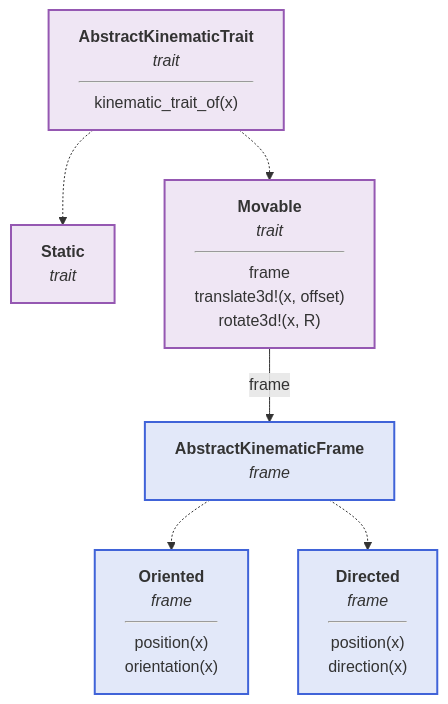
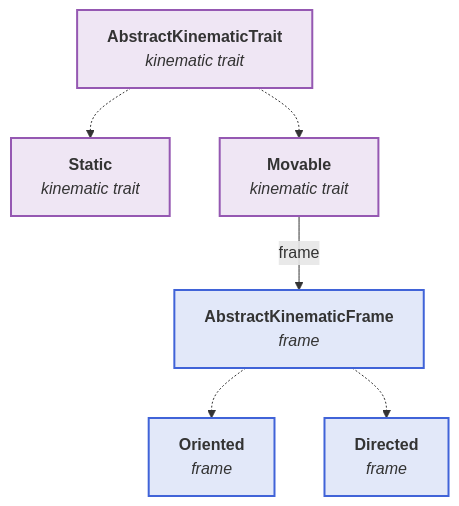
One commit to JuliaPhysics/BeamletOptics.jl changed the diagram in docs/src/api/kinematics_api.md. Above: the diagram before and after it, drawn with Mermaid. The commit also changed other lines of this file and 3 other files, not shown here.

Commit message:
update mermaid diagrams

````diff
--- a/docs/src/api/kinematics_api.md
+++ b/docs/src/api/kinematics_api.md
@@ -9,20 +9,20 @@
 ```mermaid
 flowchart TB
-    TR["<b>AbstractKinematicTrait</b><br/><i>trait</i><hr/>kinematic_trait_of(x)"]
-    ST["<b>Static</b><br/><i>trait</i>"]
-    MV["<b>Movable</b><br/><i>trait</i><hr/>frame<br/>translate3d!(x, offset)<br/>rotate3d!(x, R)"]
+    TR["<b>AbstractKinematicTrait</b><br/><i>kinematic trait</i>"]
+    ST["<b>Static</b><br/><i>kinematic trait</i>"]
+    MV["<b>Movable</b><br/><i>kinematic trait</i>"]
     FR["<b>AbstractKinematicFrame</b><br/><i>frame</i>"]
-    OR["<b>Oriented</b><br/><i>frame</i><hr/>position(x)<br/>orientation(x)"]
-    DI["<b>Directed</b><br/><i>frame</i><hr/>position(x)<br/>direction(x)"]
+    OR["<b>Oriented</b><br/><i>frame</i>"]
+    DI["<b>Directed</b><br/><i>frame</i>"]
 
     TR -.-> ST
     TR -.-> MV
     MV -- frame --> FR
     FR -.-> OR
     FR -.-> DI
 
     classDef blue fill:#4063D826,stroke:#4063D8,stroke-width:2px
     classDef purple fill:#9558B226,stroke:#9558B2,stroke-width:2px
     class TR,ST,MV purple
     class FR,OR,DI blue
 ```
````
